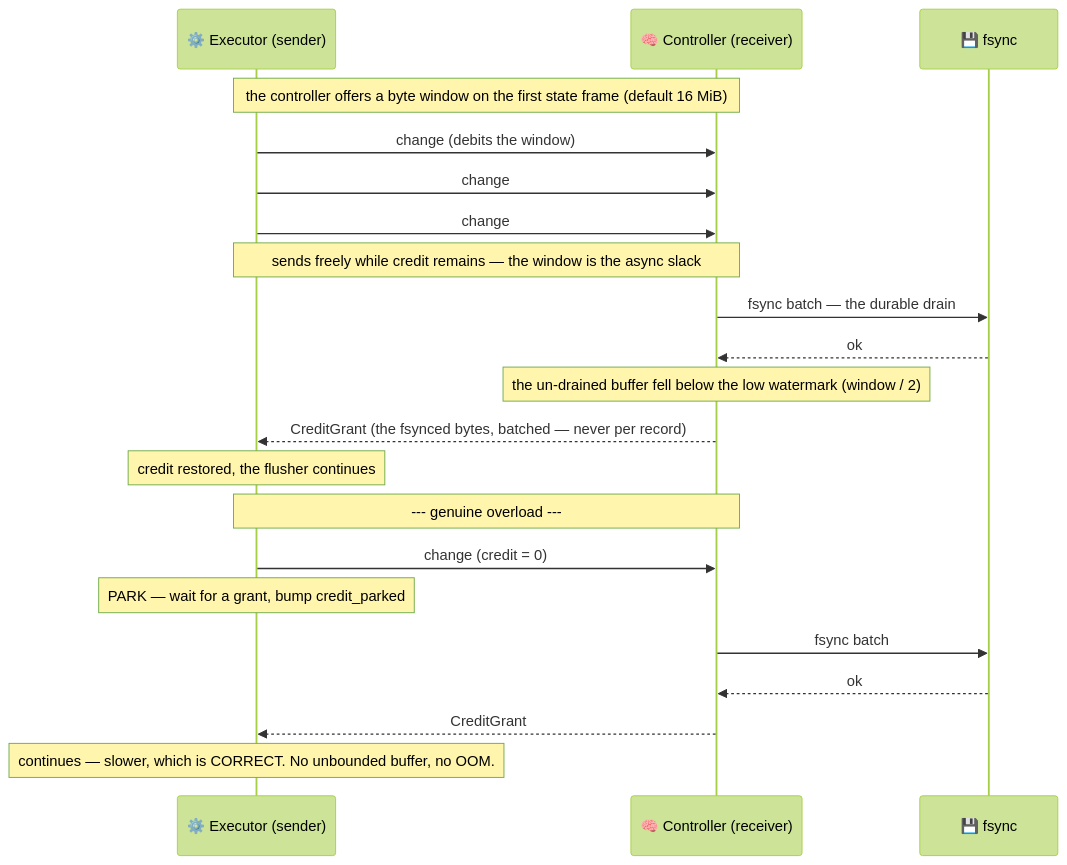
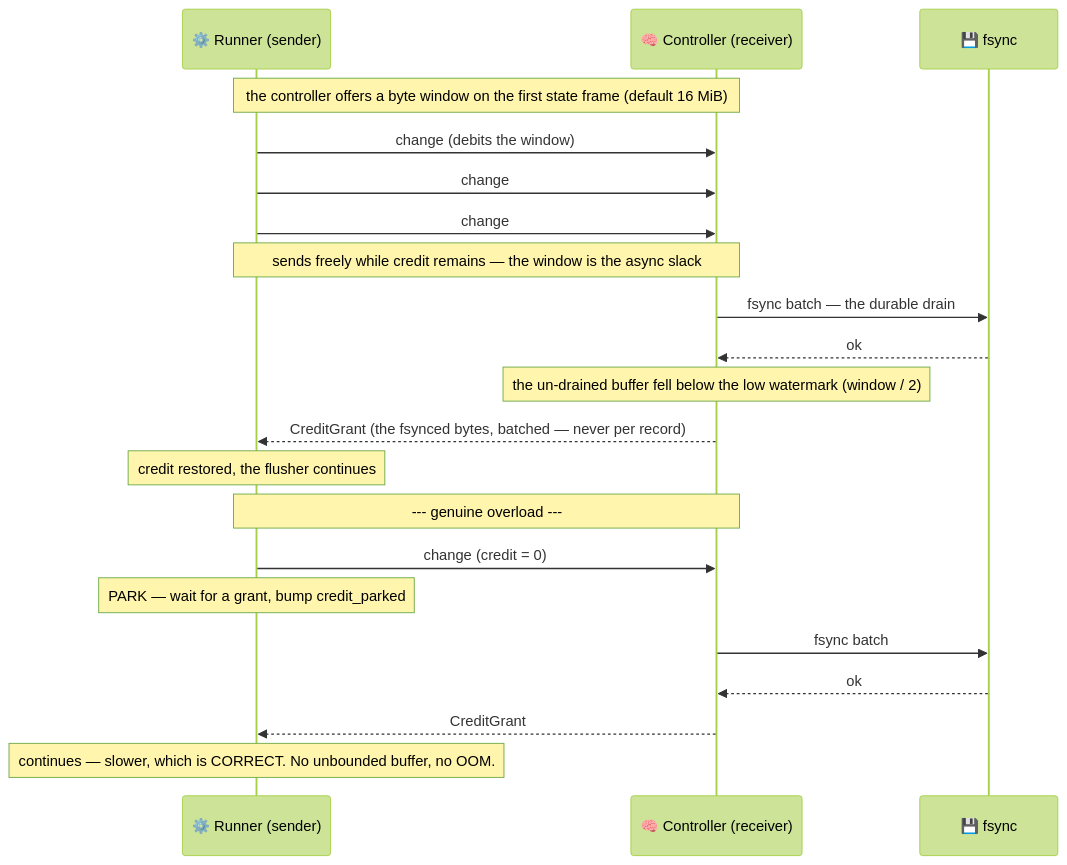
Before and after one commit to Flezha/flezha: diagram 12 of 16 in docs/architecture/kernel.md, drawn with Mermaid (forest theme). The commit also changed other lines of this file and 535 other files, not shown here.

````diff
--- a/docs/architecture/kernel.md
+++ b/docs/architecture/kernel.md
@@ -510,25 +510,25 @@
 ```mermaid
 sequenceDiagram
-    participant EX as ⚙️ Executor (sender)
+    participant EX as ⚙️ Runner (sender)
     participant CTRL as 🧠 Controller (receiver)
     participant DISK as 💾 fsync
 
     Note over EX,CTRL: the controller offers a byte window on the first state frame (default 16 MiB)
     EX->>CTRL: change (debits the window)
     EX->>CTRL: change
     EX->>CTRL: change
     Note over EX,CTRL: sends freely while credit remains — the window is the async slack
     CTRL->>DISK: fsync batch — the durable drain
     DISK-->>CTRL: ok
     Note over CTRL: the un-drained buffer fell below the low watermark (window / 2)
     CTRL-->>EX: CreditGrant (the fsynced bytes, batched — never per record)
     Note over EX: credit restored, the flusher continues
 
     Note over EX,CTRL: --- genuine overload ---
     EX->>CTRL: change (credit = 0)
     Note over EX: PARK — wait for a grant, bump credit_parked
     CTRL->>DISK: fsync batch
     DISK-->>CTRL: ok
     CTRL-->>EX: CreditGrant
     Note over EX: continues — slower, which is CORRECT. No unbounded buffer, no OOM.
 ```
````
